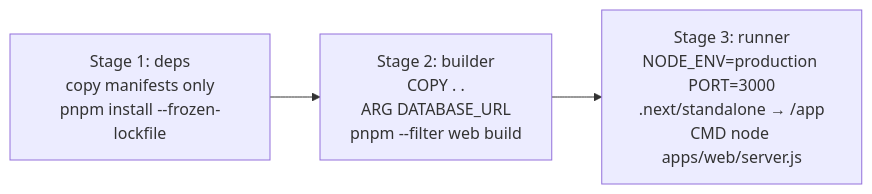
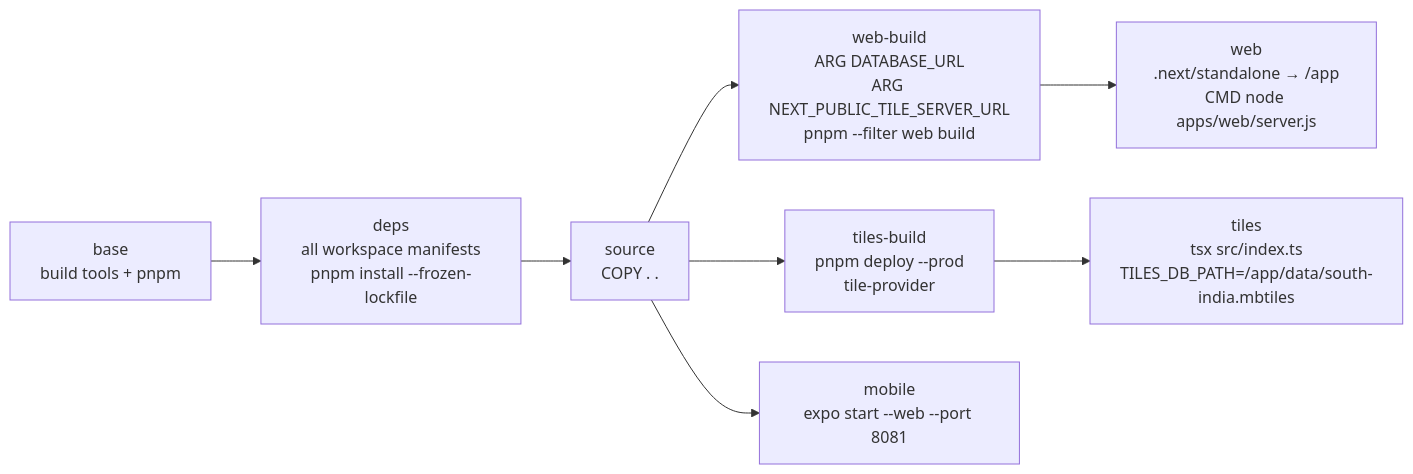
Diagram 12 of 12 in ARCHITECTURE.md (siddharth-udupa/Kinetic), drawn with Mermaid before and after one commit. The commit also changed other lines of this file and 8 other files, not shown here.

````diff
--- a/ARCHITECTURE.md
+++ b/ARCHITECTURE.md
@@ -1351,6 +1351,10 @@
 ```mermaid
 flowchart LR
-  S1["Stage 1: deps<br/>copy manifests only<br/>pnpm install --frozen-lockfile"] --> S2
-  S2["Stage 2: builder<br/>COPY . .<br/>ARG DATABASE_URL<br/>pnpm --filter web build"] --> S3
-  S3["Stage 3: runner<br/>NODE_ENV=production PORT=3000<br/>.next/standalone → /app<br/>CMD node apps/web/server.js"]
+  B["base<br/>build tools + pnpm"] --> D["deps<br/>all workspace manifests<br/>pnpm install --frozen-lockfile"]
+  D --> S["source<br/>COPY . ."]
+  S --> WB["web-build<br/>ARG DATABASE_URL<br/>ARG NEXT_PUBLIC_TILE_SERVER_URL<br/>pnpm --filter web build"]
+  WB --> W["web<br/>.next/standalone → /app<br/>CMD node apps/web/server.js"]
+  S --> TB["tiles-build<br/>pnpm deploy --prod<br/>tile-provider"]
+  TB --> T["tiles<br/>tsx src/index.ts<br/>TILES_DB_PATH=/app/data/south-india.mbtiles"]
+  S --> M["mobile<br/>expo start --web --port 8081"]
 ```
````
